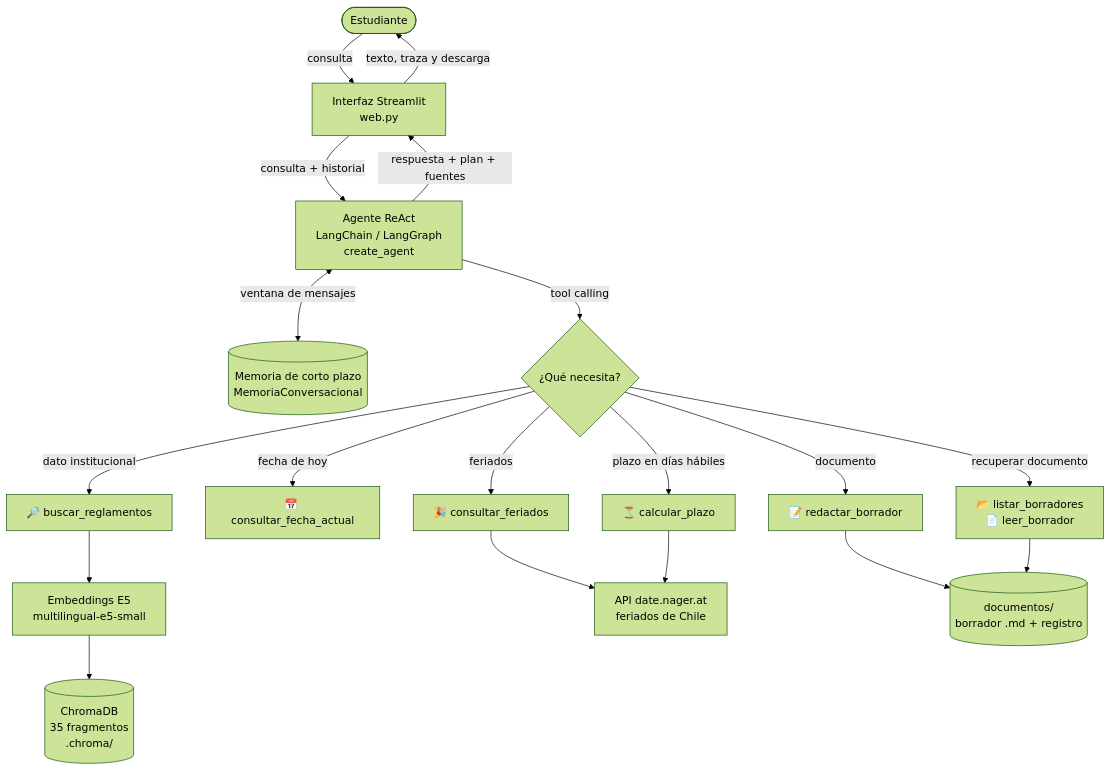
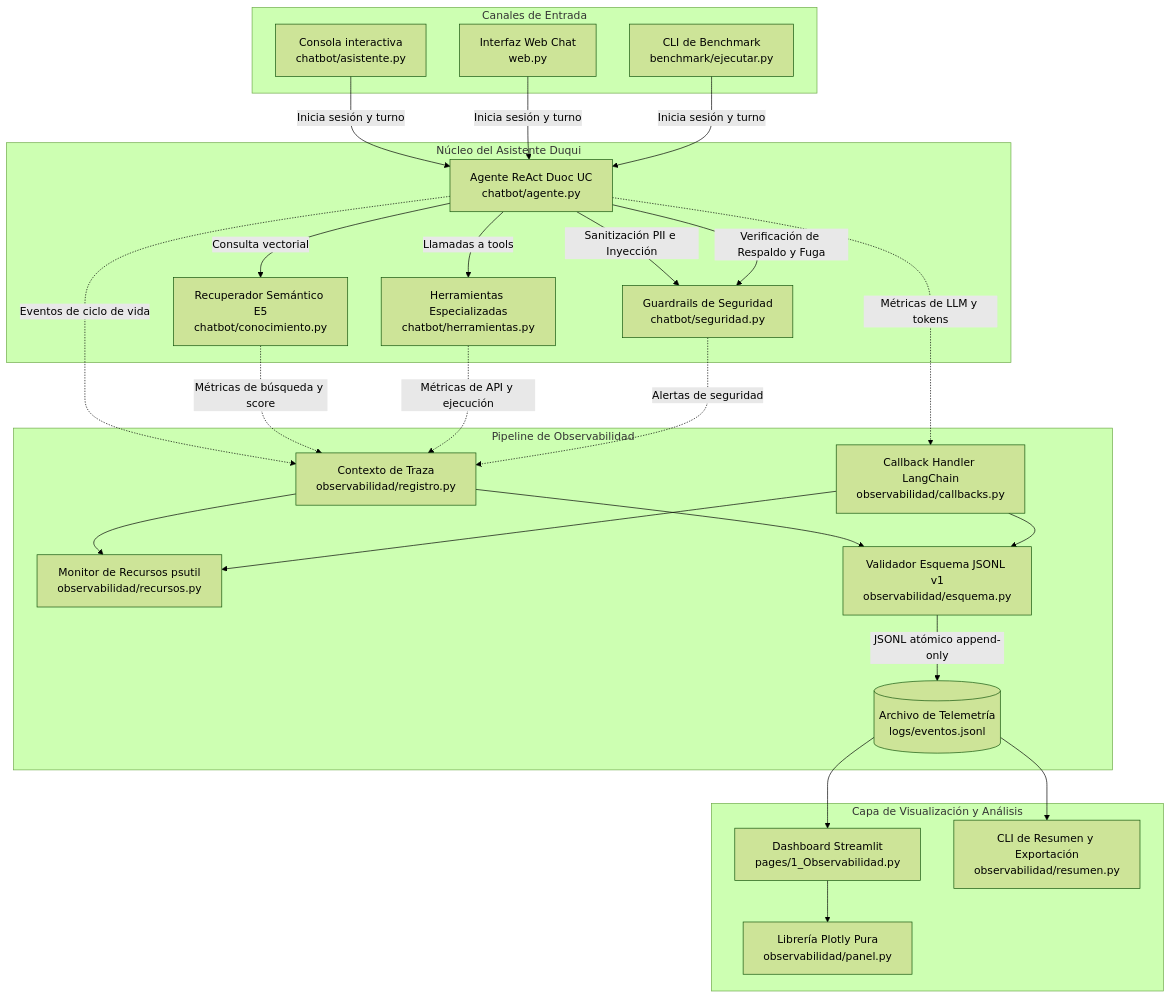
Before and after one commit to BahQz/Asistente-DuocUC: the first of 2 diagrams in README.md, drawn with Mermaid (forest theme). The commit also changed other lines of this file, not shown here.

Commit message:
docs(readme): documentacion completa ep3 de observabilidad, trazabilidad y seguridad

````diff
--- a/README.md
+++ b/README.md
@@ -90,26 +92,49 @@
 ```mermaid
 flowchart TD
-    U([Estudiante]) -->|consulta| UI["Interfaz Streamlit<br/>web.py"]
-    UI -->|consulta + historial| A["Agente ReAct<br/>LangChain / LangGraph<br/>create_agent"]
+    subgraph Cliente["Canales de Entrada"]
+        CLI["Consola interactiva<br/>chatbot/asistente.py"]
+        WEB["Interfaz Web Chat<br/>web.py"]
+        BENCH["CLI de Benchmark<br/>benchmark/ejecutar.py"]
+    end
 
-    A <-->|ventana de mensajes| M[("Memoria de corto plazo<br/>MemoriaConversacional")]
-    A -->|tool calling| R{¿Qué necesita?}
+    subgraph Nucleo["Núcleo del Asistente Duqui"]
+        AG["Agente ReAct Duoc UC<br/>chatbot/agente.py"]
+        SEC["Guardrails de Seguridad<br/>chatbot/seguridad.py"]
+        TOOL["Herramientas Especializadas<br/>chatbot/herramientas.py"]
+        RAG["Recuperador Semántico E5<br/>chatbot/conocimiento.py"]
+    end
 
-    R -->|dato institucional| T1["🔎 buscar_reglamentos"]
-    T1 --> EMB["Embeddings E5<br/>multilingual-e5-small"]
-    EMB --> V[("ChromaDB<br/>35 fragmentos<br/>.chroma/")]
+    subgraph Telemetria["Pipeline de Observabilidad"]
+        CTX["Contexto de Traza<br/>observabilidad/registro.py"]
+        CB["Callback Handler LangChain<br/>observabilidad/callbacks.py"]
+        REC["Monitor de Recursos psutil<br/>observabilidad/recursos.py"]
+        SCH["Validador Esquema JSONL v1<br/>observabilidad/esquema.py"]
+        LOG[("Archivo de Telemetría<br/>logs/eventos.jsonl")]
+    end
 
-    R -->|fecha de hoy| T2["📅 consultar_fecha_actual"]
-    R -->|feriados| T3["🎉 consultar_feriados"]
-    T3 --> API["API date.nager.at<br/>feriados de Chile"]
-    R -->|plazo en días hábiles| T4["⏳ calcular_plazo"]
-    T4 --> API
+    subgraph Analitica["Capa de Visualización y Análisis"]
+        PANEL["Dashboard Streamlit<br/>pages/1_Observabilidad.py"]
+        FIGS["Librería Plotly Pura<br/>observabilidad/panel.py"]
+        RES["CLI de Resumen y Exportación<br/>observabilidad/resumen.py"]
+    end
 
-    R -->|documento| T5["📝 redactar_borrador"]
-    T5 --> D[("documentos/<br/>borrador .md + registro")]
-    R -->|recuperar documento| T6["📂 listar_borradores<br/>📄 leer_borrador"]
-    T6 --> D
+    CLI & WEB & BENCH -->|Inicia sesión y turno| AG
+    AG -->|Sanitización PII e Inyección| SEC
+    AG -->|Consulta vectorial| RAG
+    AG -->|Llamadas a tools| TOOL
+    AG -->|Verificación de Respaldo y Fuga| SEC
 
-    A -->|respuesta + plan + fuentes| UI
-    UI -->|texto, traza y descarga| U
+    AG -.->|Eventos de ciclo de vida| CTX
+    RAG -.->|Métricas de búsqueda y score| CTX
+    TOOL -.->|Métricas de API y ejecución| CTX
+    SEC -.->|Alertas de seguridad| CTX
+    AG -.->|Métricas de LLM y tokens| CB
+
+    CTX & CB --> REC
+    CTX & CB --> SCH
+    SCH -->|JSONL atómico append-only| LOG
+
+    LOG --> PANEL
+    LOG --> RES
+    PANEL --> FIGS
 ```
````
